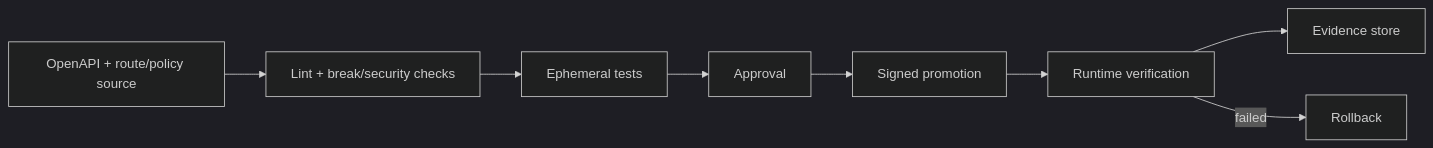
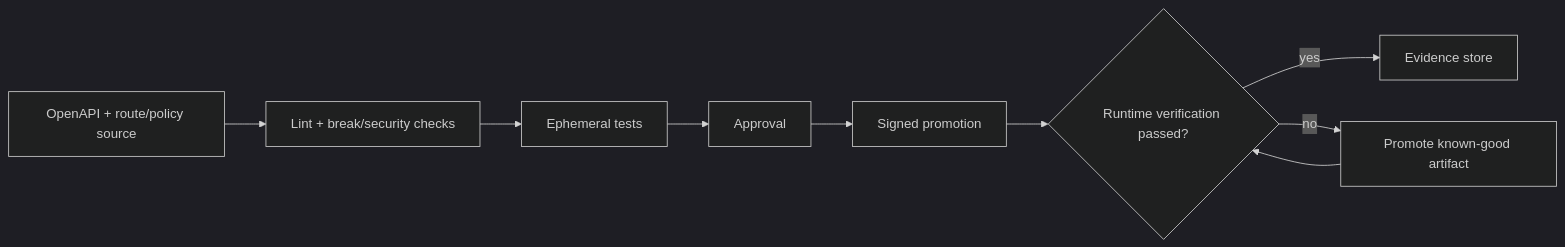
The diagram in architecture/diagrams/apiops-flow.mmd (tomqwu/apim), drawn with Mermaid (dark theme) before and after one commit. The commit also changed 48 other files, not shown here.

```diff
--- a/architecture/diagrams/apiops-flow.mmd
+++ b/architecture/diagrams/apiops-flow.mmd
@@ -1,3 +1,5 @@
 flowchart LR
-  R["OpenAPI + route/policy source"] --> L["Lint + break/security checks"] --> T["Ephemeral tests"] --> A["Approval"] --> P["Signed promotion"] --> V["Runtime verification"] --> E["Evidence store"]
-  V -->|"failed"| B["Rollback"]
+  R["OpenAPI + route/policy source"] --> L["Lint + break/security checks"] --> T["Ephemeral tests"] --> A["Approval"] --> P["Signed promotion"] --> V{"Runtime verification passed?"}
+  V -->|"yes"| E["Evidence store"]
+  V -->|"no"| B["Promote known-good artifact"]
+  B --> V
```
